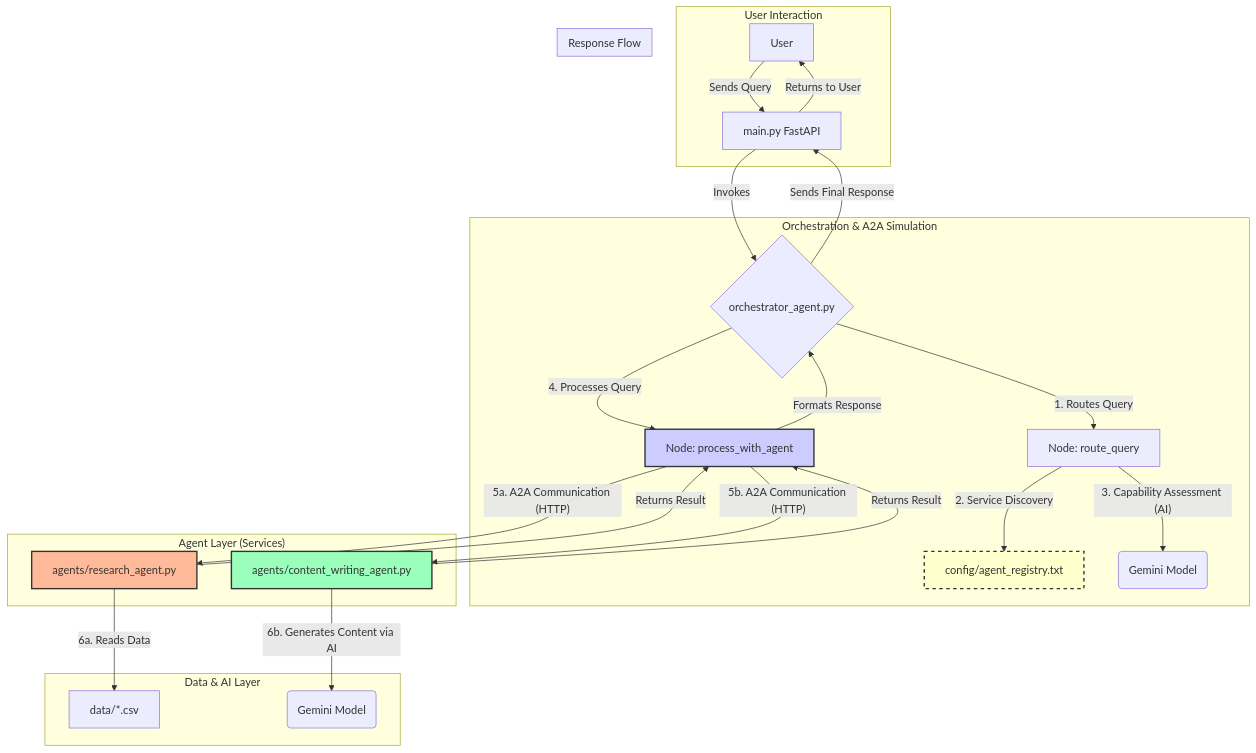
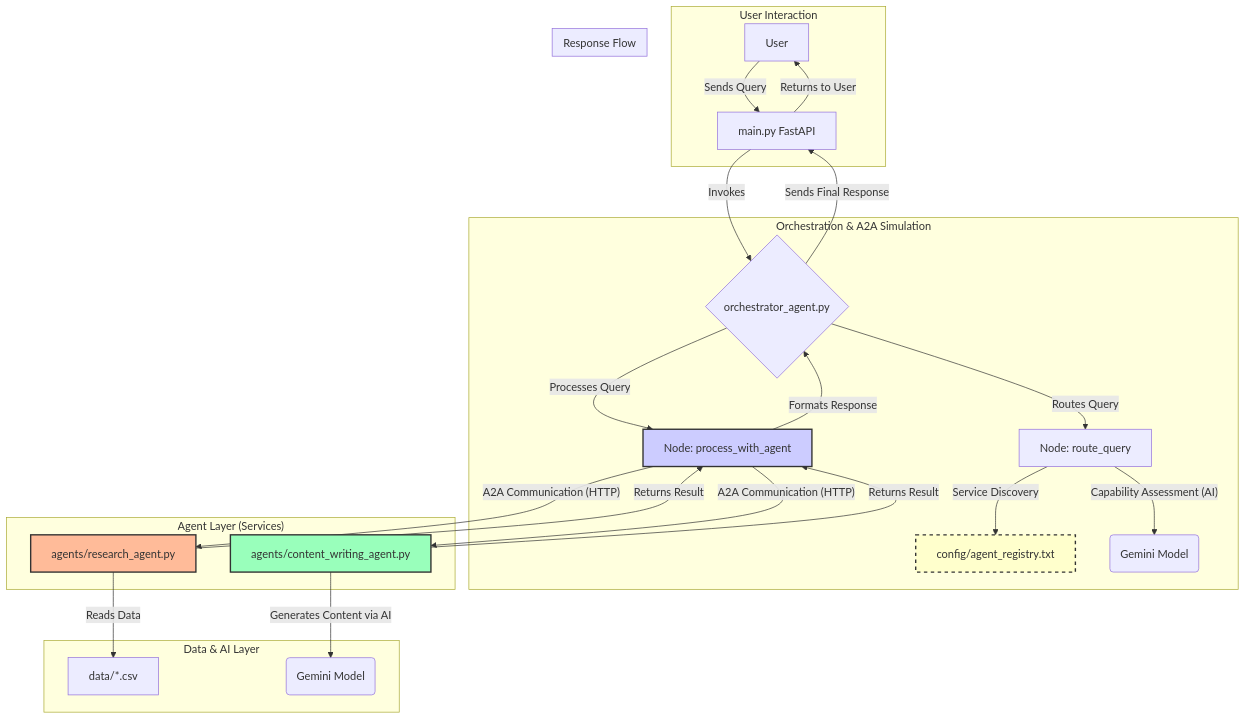
One commit to victorwancf/agent_exploration changed the first of 2 diagrams in README.md. Above: the diagram before and after it, drawn with Mermaid.

Commit message:
Architecture Diagram updates

````diff
--- a/README.md
+++ b/README.md
@@ -51,37 +51,37 @@
 ```mermaid
 graph TD
     subgraph User Interaction
         A[User] -->|Sends Query| B["main.py FastAPI"];
     end
 
     subgraph "Orchestration & A2A Simulation"
         B -->|Invokes| C{"orchestrator_agent.py"};
-        C -->|"1. Routes Query"| D["Node: route_query"];
-        D -->|"2. Service Discovery"| E["config/agent_registry.txt"];
-        D -->|"3. Capability Assessment (AI)"| F(Gemini Model);
-        C -->|"4. Processes Query"| G["Node: process_with_agent"];
+        C -->|"Routes Query"| D["Node: route_query"];
+        D -->|"Service Discovery"| E["config/agent_registry.txt"];
+        D -->|"Capability Assessment (AI)"| F(Gemini Model);
+        C -->|"Processes Query"| G["Node: process_with_agent"];
     end
 
     subgraph "Agent Layer (Services)"
-        G -->|"5a. A2A Communication (HTTP)"| H["agents/research_agent.py"];
-        G -->|"5b. A2A Communication (HTTP)"| I["agents/content_writing_agent.py"];
+        G -->|"A2A Communication (HTTP)"| H["agents/research_agent.py"];
+        G -->|"A2A Communication (HTTP)"| I["agents/content_writing_agent.py"];
     end
 
     subgraph "Data & AI Layer"
-        H -->|"6a. Reads Data"| J["data/*.csv"];
-        I -->|"6b. Generates Content via AI"| K(Gemini Model);
+        H -->|"Reads Data"| J["data/*.csv"];
+        I -->|"Generates Content via AI"| K(Gemini Model);
     end
 
     subgraph "Response Flow"
         H -->|Returns Result| G;
         I -->|Returns Result| G;
         G -->|Formats Response| C;
         C -->|Sends Final Response| B;
         B -->|Returns to User| A;
     end
 
     style E fill:#ffc,stroke:#333,stroke-width:2px,stroke-dasharray: 5 5
     style G fill:#ccf,stroke:#333,stroke-width:2px
     style H fill:#fb9,stroke:#333,stroke-width:2px
     style I fill:#9fb,stroke:#333,stroke-width:2px
 ```
````
